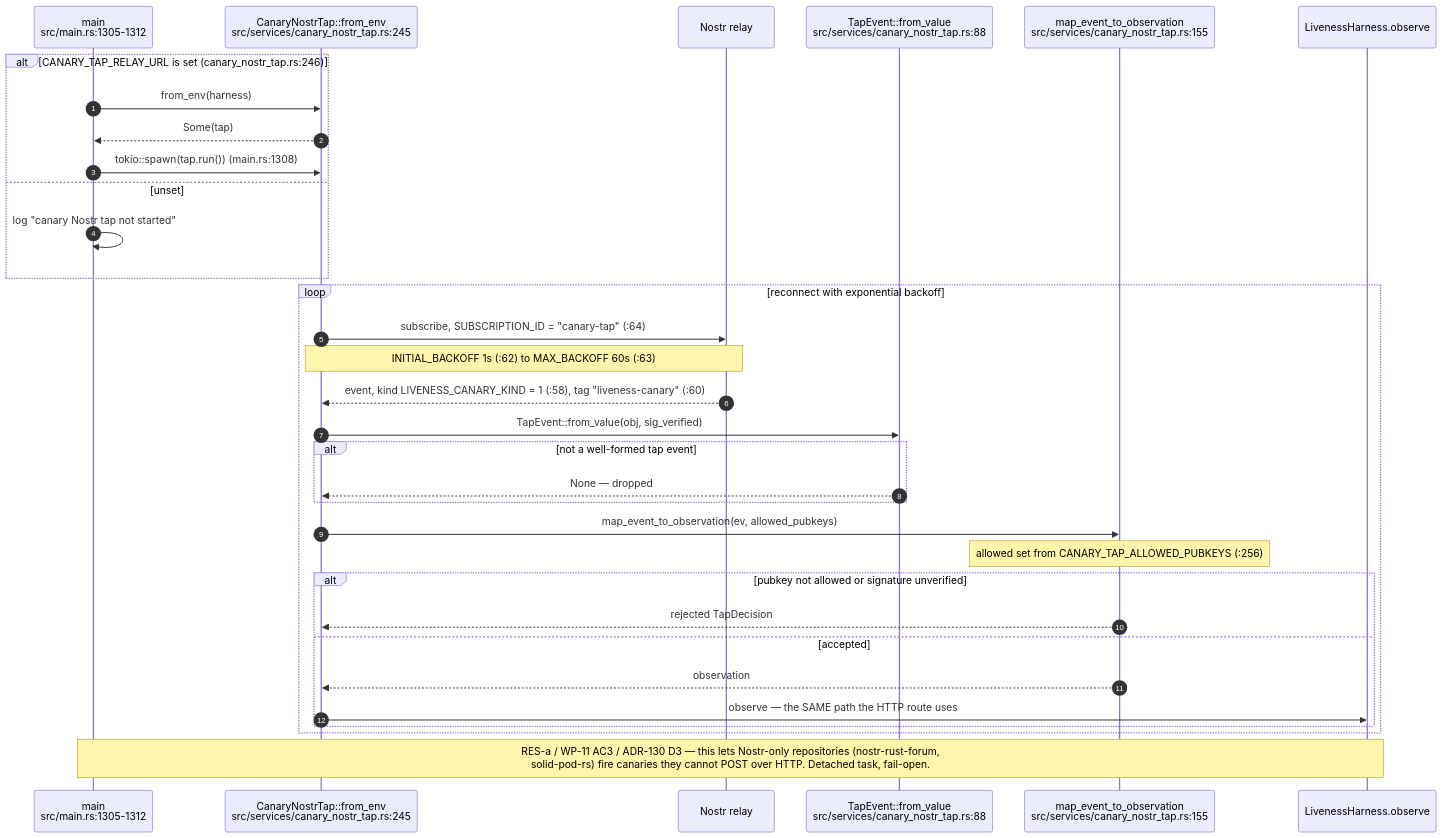
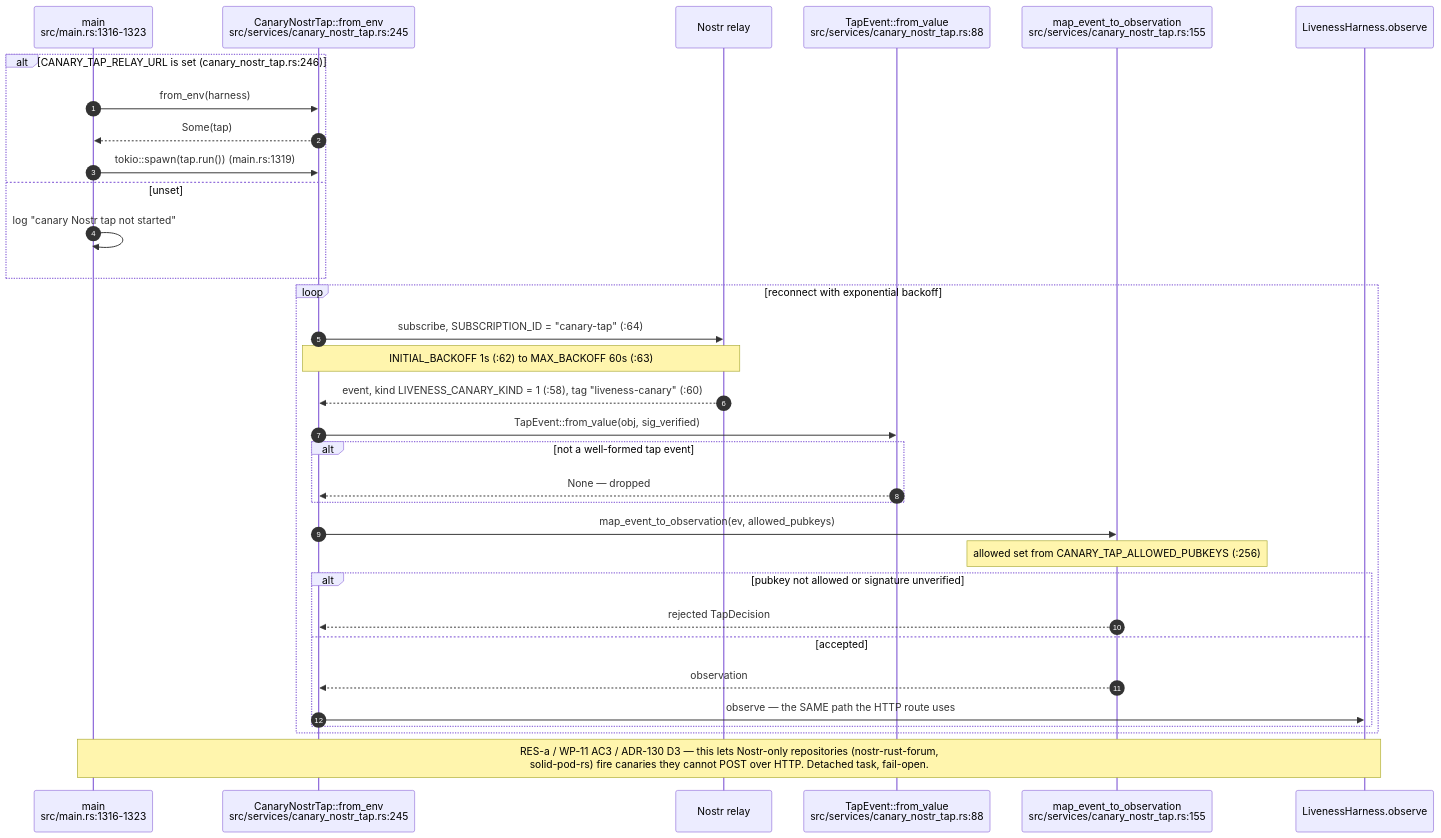
One commit to DreamLab-AI/VisionFlow changed the fifth of 9 diagrams in docs/diagrams/visionclaw/08-observability-health-and-dev-loop.md. Above: the diagram before and after it, drawn with Mermaid. The commit also changed other lines of this file and 56 other files, not shown here.

First line of the commit message:
docs(diagrams): re-verify VisionClaw topics at ec785afa9, add VC-19/56/57 and the VisionClaw register

````diff
--- a/docs/diagrams/visionclaw/08-observability-health-and-dev-loop.md
+++ b/docs/diagrams/visionclaw/08-observability-health-and-dev-loop.md
@@ -157,36 +165,36 @@
 ```mermaid
 sequenceDiagram
     autonumber
-    participant M as main<br/>src/main.rs:1305-1312
+    participant M as main<br/>src/main.rs:1316-1323
     participant T as CanaryNostrTap::from_env<br/>src/services/canary_nostr_tap.rs:245
     participant R as Nostr relay
     participant E as TapEvent::from_value<br/>src/services/canary_nostr_tap.rs:88
     participant D as map_event_to_observation<br/>src/services/canary_nostr_tap.rs:155
     participant LH as LivenessHarness.observe
 
     alt CANARY_TAP_RELAY_URL is set (canary_nostr_tap.rs:246)
         M->>T: from_env(harness)
         T-->>M: Some(tap)
-        M->>T: tokio::spawn(tap.run()) (main.rs:1308)
+        M->>T: tokio::spawn(tap.run()) (main.rs:1319)
     else unset
         M->>M: log "canary Nostr tap not started"
     end
     loop reconnect with exponential backoff
         T->>R: subscribe, SUBSCRIPTION_ID = "canary-tap" (:64)
         Note over T,R: INITIAL_BACKOFF 1s (:62) to MAX_BACKOFF 60s (:63)
         R-->>T: event, kind LIVENESS_CANARY_KIND = 1 (:58), tag "liveness-canary" (:60)
         T->>E: TapEvent::from_value(obj, sig_verified)
         alt not a well-formed tap event
             E-->>T: None — dropped
         end
         T->>D: map_event_to_observation(ev, allowed_pubkeys)
         Note over D: allowed set from CANARY_TAP_ALLOWED_PUBKEYS (:256)
         alt pubkey not allowed or signature unverified
             D-->>T: rejected TapDecision
         else accepted
             D-->>T: observation
             T->>LH: observe — the SAME path the HTTP route uses
         end
     end
     Note over M,LH: RES-a / WP-11 AC3 / ADR-130 D3 — this lets Nostr-only repositories (nostr-rust-forum,<br/>solid-pod-rs) fire canaries they cannot POST over HTTP. Detached task, fail-open.
 ```
````
